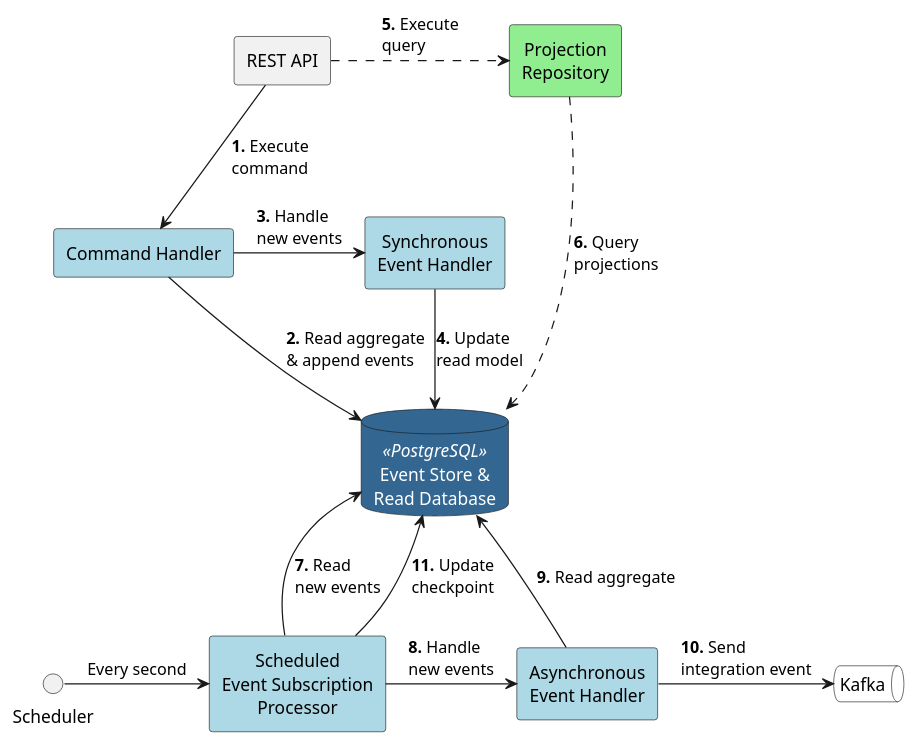
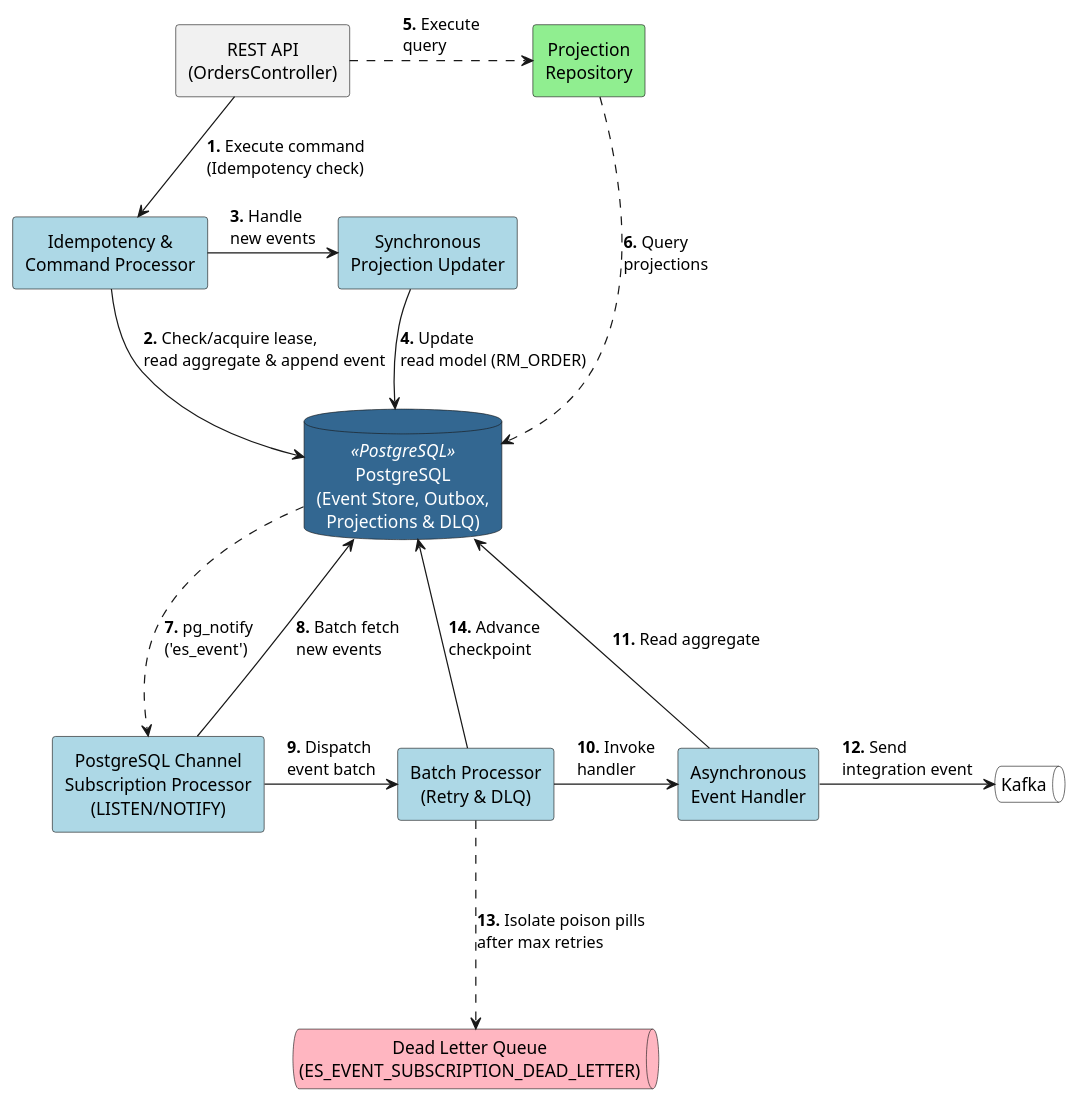
Before and after one commit to tonminhce/postgresql-event-sourcing: the diagram in img/plantuml/postgresql-event-sourcing.puml, drawn with PlantUML. The commit also changed 10 other files, not shown here.

Commit message:
docs(diagrams): update PlantUML sources, SVGs, ERD, and add Idempotency flowchart

```diff
--- a/img/plantuml/postgresql-event-sourcing.puml
+++ b/img/plantuml/postgresql-event-sourcing.puml
@@ -1,44 +1,50 @@
 @startuml
 
-scale max 1024 width
-scale max 800 height
+scale max 1200 width
+scale max 900 height
 
 skinparam defaultTextAlignment center
 skinparam componentStyle rectangle
 skinparam packageStyle rectangle
 
 skinparam database {
   BackgroundColor<<PostgreSQL>> #336791
   FontColor White
 }
 
-component "REST API" as API
+component "REST API\n(OrdersController)" as API
 
-component "Command Handler" as CommandHandler #lightblue
+component "Idempotency &\nCommand Processor" as CommandHandler #lightblue
 
-component "Scheduled\nEvent Subscription\nProcessor" as ScheduledEventSubscriptionProcessor #lightblue
+component "PostgreSQL Channel\nSubscription Processor\n(LISTEN/NOTIFY)" as SubscriptionProcessor #lightblue
 
-component "Synchronous\nEvent Handler" as SyncEventHandler #lightblue
+component "Batch Processor\n(Retry & DLQ)" as BatchProcessor #lightblue
+
+component "Synchronous\nProjection Updater" as SyncEventHandler #lightblue
 
 component "Asynchronous\nEvent Handler" as AsyncEventHandler #lightblue
 
 component "Projection\nRepository" as Repository #lightgreen
 
-database "Event Store &\nRead Database" as Postgres <<PostgreSQL>>
+database "PostgreSQL\n(Event Store, Outbox,\nProjections & DLQ)" as Postgres <<PostgreSQL>>
 
 queue Kafka #White
 
-API -> CommandHandler: **1.** Execute\lcommand
-CommandHandler --> Postgres: **2.** Read aggregate\l& append events
+queue "Dead Letter Queue\n(ES_EVENT_SUBSCRIPTION_DEAD_LETTER)" as DLQ #lightpink
+
+API -> CommandHandler: **1.** Execute command\l(Idempotency check)
+CommandHandler --> Postgres: **2.** Check/acquire lease,\lread aggregate & append event
 CommandHandler -> SyncEventHandler: **3.** Handle\lnew events
-SyncEventHandler --> Postgres: **4.** Update\lread model
+SyncEventHandler --> Postgres: **4.** Update\lread model (RM_ORDER)
 API .> Repository: **5.** Execute\lquery
 Repository ...> Postgres: **6.** Query\lprojections
-Scheduler -right-> ScheduledEventSubscriptionProcessor: Every second
-ScheduledEventSubscriptionProcessor -up-> Postgres: **7.** Read\lnew events
-ScheduledEventSubscriptionProcessor -> AsyncEventHandler: **8.** Handle\lnew events
-AsyncEventHandler --> Postgres: **9.** Read aggregate
-AsyncEventHandler -right-> Kafka: **10.** Send\lintegration event
-ScheduledEventSubscriptionProcessor --> Postgres: **11.** Update\lcheckpoint
+Postgres -.-> SubscriptionProcessor: **7.** pg_notify\l('es_event')
+SubscriptionProcessor -up-> Postgres: **8.** Batch fetch\lnew events
+SubscriptionProcessor -> BatchProcessor: **9.** Dispatch\levent batch
+BatchProcessor -> AsyncEventHandler: **10.** Invoke\lhandler
+AsyncEventHandler --> Postgres: **11.** Read aggregate
+AsyncEventHandler -right-> Kafka: **12.** Send\lintegration event
+BatchProcessor -.-> DLQ: **13.** Isolate poison pills\lafter max retries
+BatchProcessor --> Postgres: **14.** Advance\lcheckpoint
 
 @enduml
```
